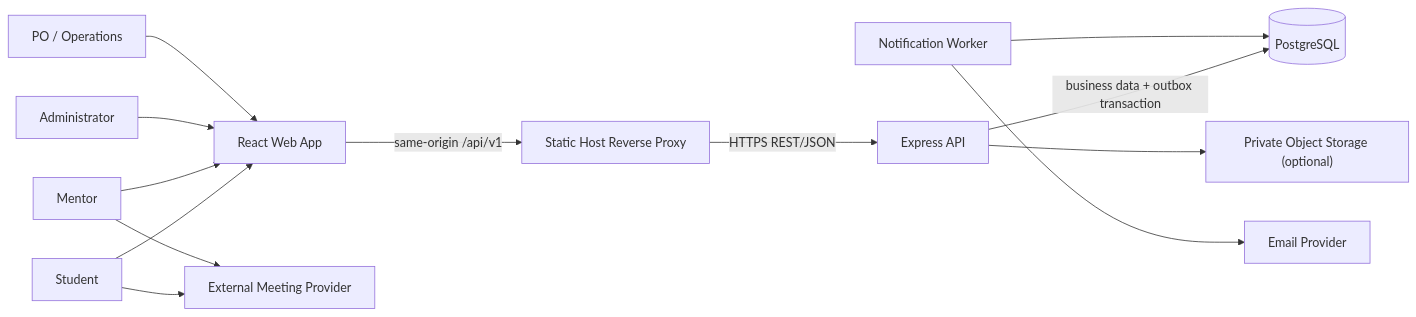
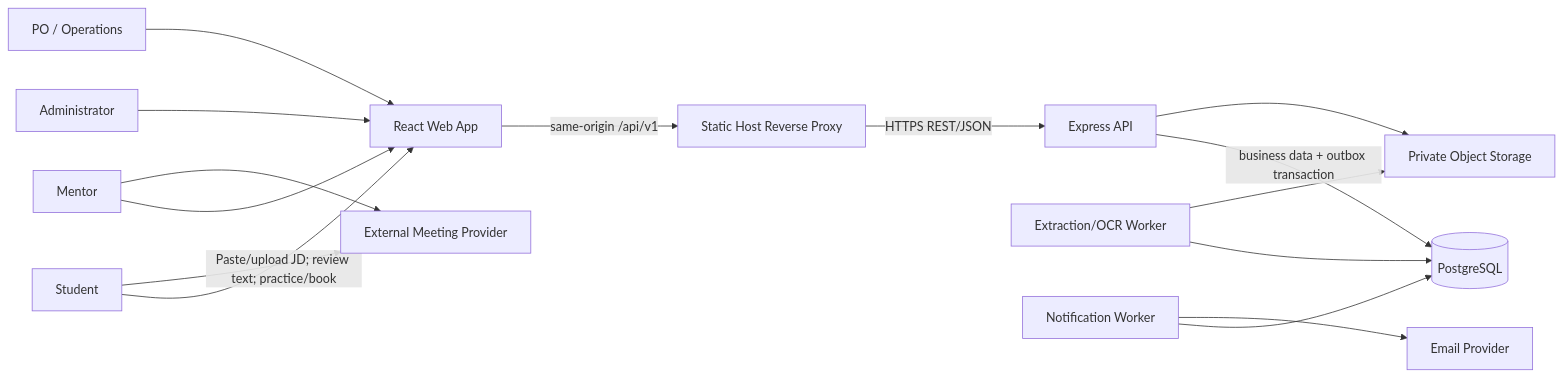
Before and after one commit to tnnhuaa/InterviewQuestionBank: the first of 7 diagrams in docs/Project_Architecture/software_architecture.md, drawn with Mermaid. The commit also changed other lines of this file and 1 other file, not shown here.

Commit message:
docs(architecture): align design with JD-first product flow

````diff
--- a/docs/Project_Architecture/software_architecture.md
+++ b/docs/Project_Architecture/software_architecture.md
@@ -81,15 +92,17 @@
 ```mermaid
 flowchart LR
-    Student["Student"] --> FE["React Web App"]
+    Student["Student"] -->|"Paste/upload JD; review text; practice/book"| FE["React Web App"]
     Mentor["Mentor"] --> FE
     Admin["Administrator"] --> FE
     Sponsor["PO / Operations"] --> FE
     FE -->|"same-origin /api/v1"| Proxy["Static Host Reverse Proxy"]
     Proxy -->|"HTTPS REST/JSON"| API["Express API"]
     API -->|"business data + outbox transaction"| DB[("PostgreSQL")]
+    API --> Obj["Private Object Storage"]
+    JDWorker["Extraction/OCR Worker"] --> DB
+    JDWorker --> Obj
     Worker["Notification Worker"] --> DB
     Worker --> Email["Email Provider"]
-    API --> Obj["Private Object Storage (optional)"]
     Student --> Meet["External Meeting Provider"]
     Mentor --> Meet
 ```
````
